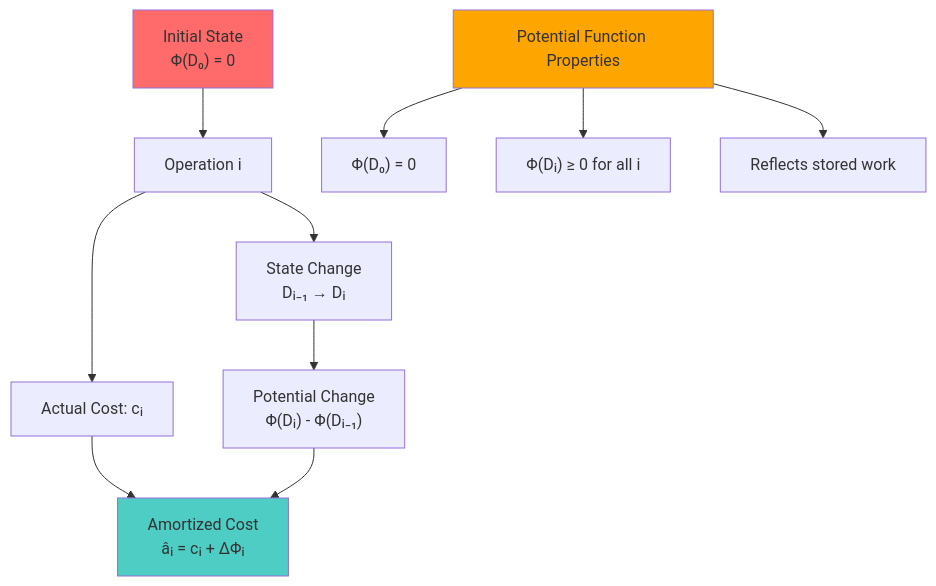
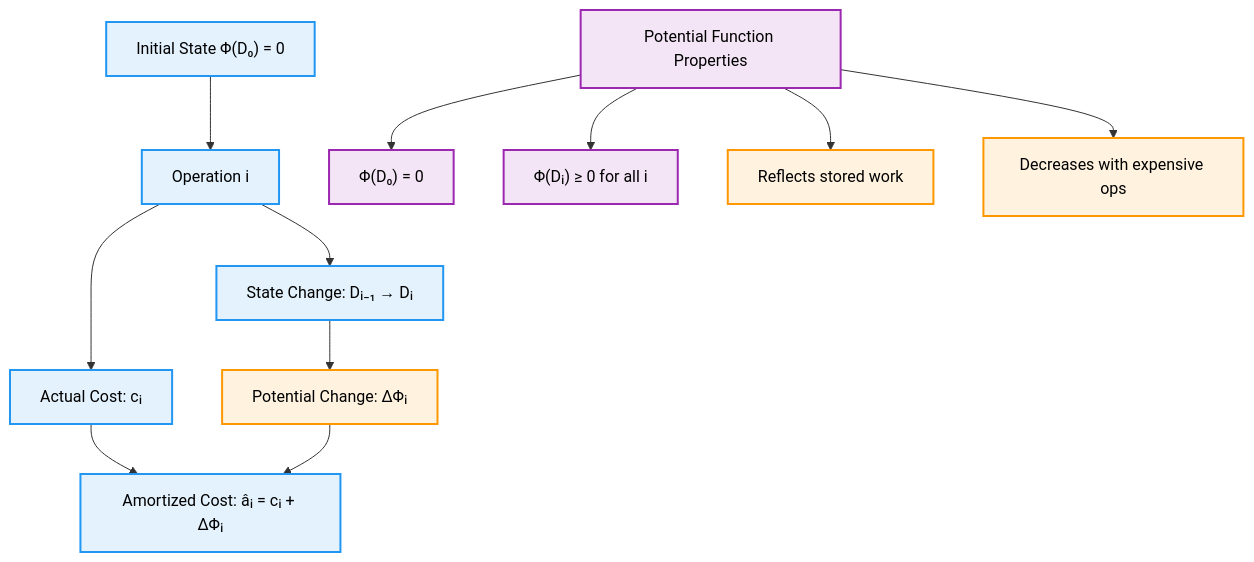
One commit to AbhishekGiri04/Algorithmics-Foundations changed the seventh of 13 diagrams in concepts/amortized-analysis.md. Above: the diagram before and after it, drawn with Mermaid. The commit also changed other lines of this file, not shown here.

Commit message:
Complete amortized analysis guide with professional diagrams and comprehensive coverage

````diff
--- a/concepts/amortized-analysis.md
+++ b/concepts/amortized-analysis.md
@@ -449,17 +566,22 @@
 ```mermaid
 flowchart TD
-    A["Initial State<br/>Φ(D₀) = 0"] --> B["Operation i"]
+    A["Initial State Φ(D₀) = 0"] --> B["Operation i"]
     B --> C["Actual Cost: cᵢ"]
-    B --> D["State Change<br/>Dᵢ₋₁ → Dᵢ"]
-    D --> E["Potential Change<br/>Φ(Dᵢ) - Φ(Dᵢ₋₁)"]
-    C --> F["Amortized Cost<br/>âᵢ = cᵢ + ΔΦᵢ"]
+    B --> D["State Change: Dᵢ₋₁ → Dᵢ"]
+    D --> E["Potential Change: ΔΦᵢ"]
+    C --> F["Amortized Cost: âᵢ = cᵢ + ΔΦᵢ"]
     E --> F
     
     G["Potential Function Properties"] --> H["Φ(D₀) = 0"]
     G --> I["Φ(Dᵢ) ≥ 0 for all i"]
     G --> J["Reflects stored work"]
+    G --> K["Decreases with expensive ops"]
     
-    style A fill:#ff6b6b
-    style F fill:#4ecdc4
-    style G fill:#ffa500
+    classDef default fill:#f9f9f9,stroke:#333,stroke-width:2px,color:#000
+    classDef operation fill:#e3f2fd,stroke:#2196f3,stroke-width:2px,color:#000
+    classDef potential fill:#fff3e0,stroke:#ff9800,stroke-width:2px,color:#000
+    classDef properties fill:#f3e5f5,stroke:#9c27b0,stroke-width:2px,color:#000
+    class A,B,C,D,F operation
+    class E,J,K potential
+    class G,H,I properties
 ```
````
